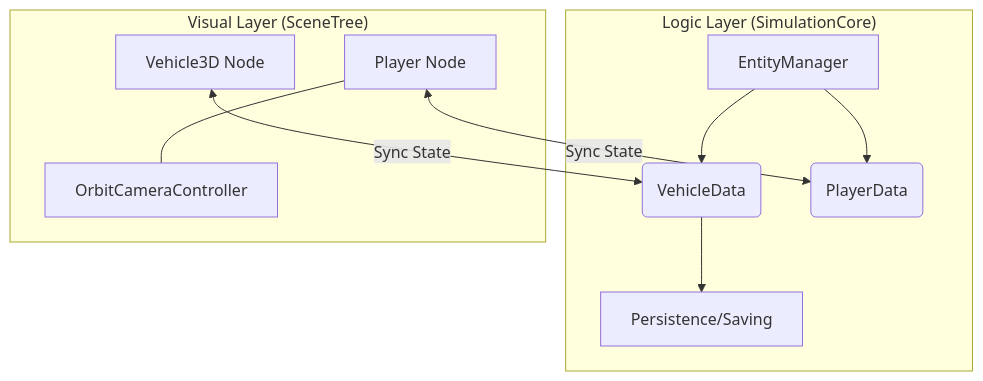
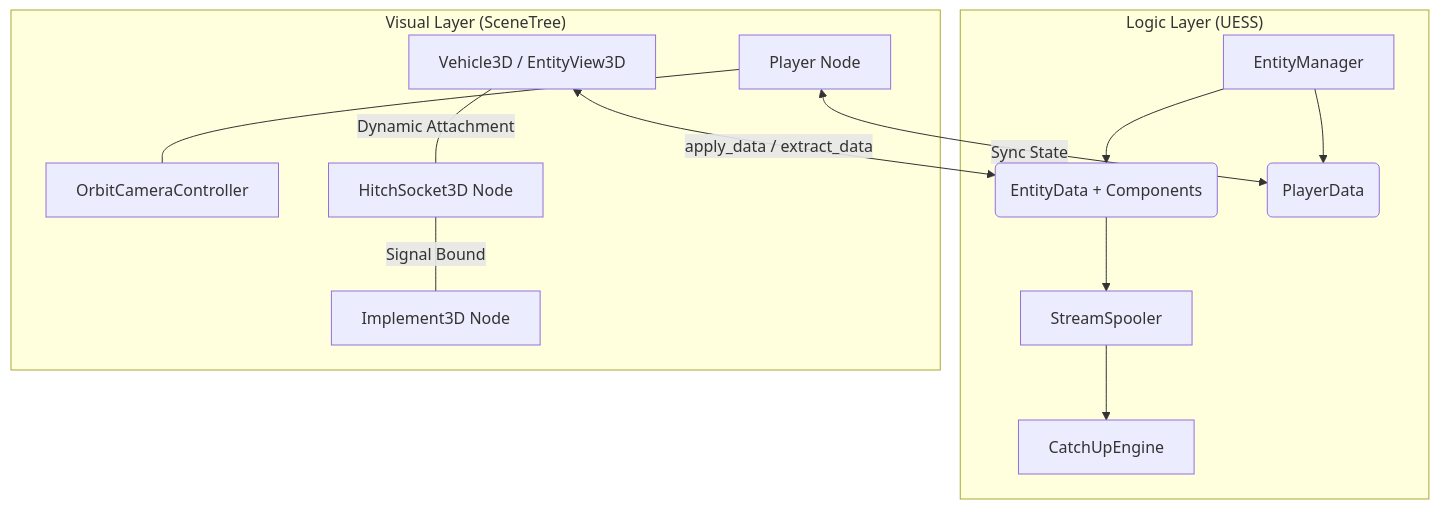
Before and after one commit to OpenAcre-Project/OpenAcre: the diagram in docs/architecture/overview.md, drawn with Mermaid. The commit also changed other lines of this file and 82 other files, not shown here.

````diff
--- a/docs/architecture/overview.md
+++ b/docs/architecture/overview.md
@@ -12,18 +12,23 @@
 ```mermaid
 graph TD
-    subgraph "Logic Layer (SimulationCore)"
-        A[EntityManager] --> B(VehicleData)
+    subgraph "Logic Layer (UESS)"
+        A[EntityManager] --> B(EntityData + Components)
         A --> C(PlayerData)
-        B --> D[Persistence/Saving]
+        B --> D[StreamSpooler]
+        D --> E[CatchUpEngine]
     end
 
     subgraph "Visual Layer (SceneTree)"
-        E[Vehicle3D Node]
-        F[Player Node]
-        G[OrbitCameraController]
+        F[Vehicle3D / EntityView3D]
+        G[Player Node]
+        H[OrbitCameraController]
+        I[Implement3D Node]
+        J[HitchSocket3D Node]
     end
 
-    E <-->|Sync State| B
-    F <-->|Sync State| C
-    F --- G
+    F <-->|apply_data / extract_data| B
+    G <-->|Sync State| C
+    G --- H
+    F ---|Dynamic Attachment| J
+    J ---|Signal Bound| I
 ```
````
